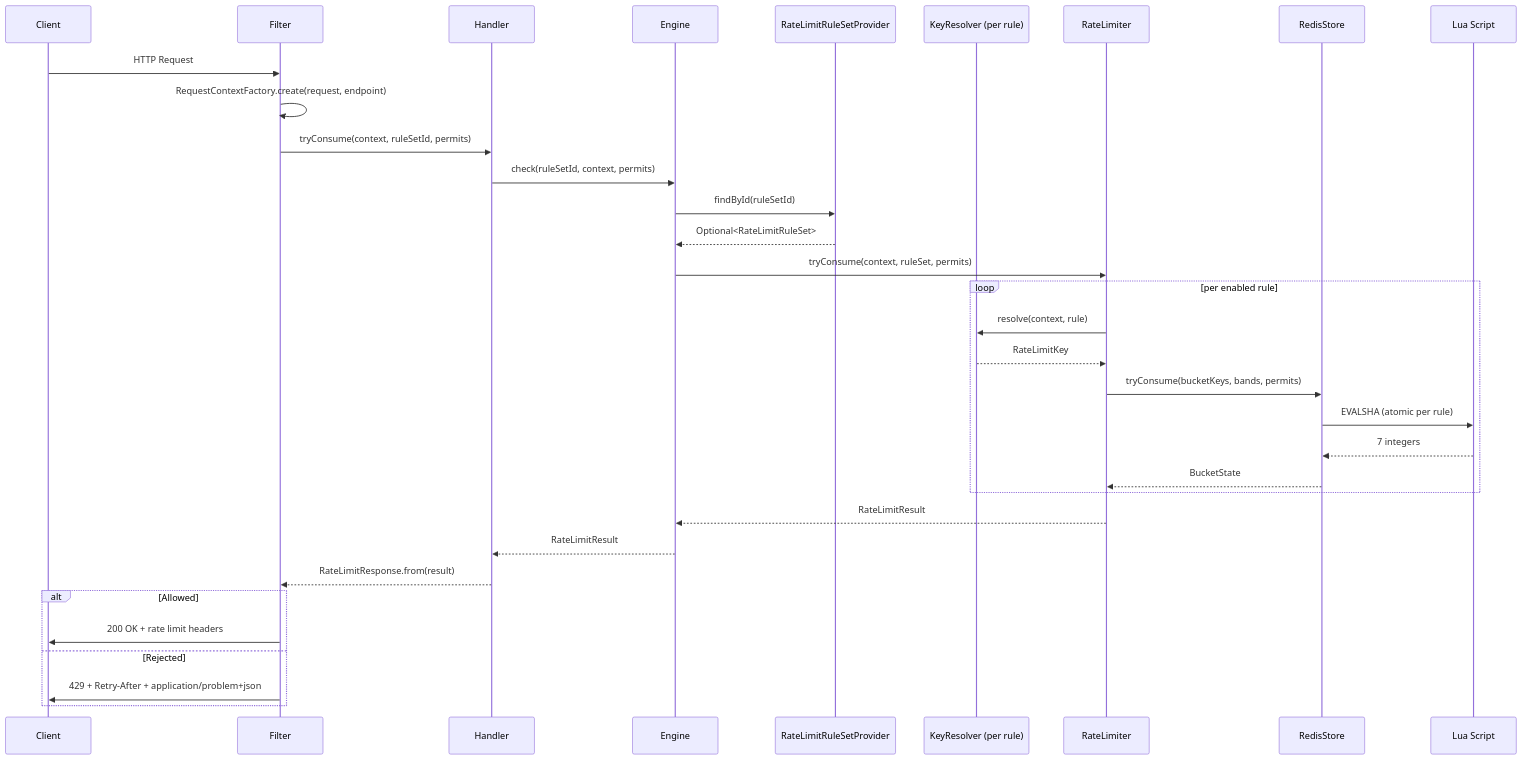
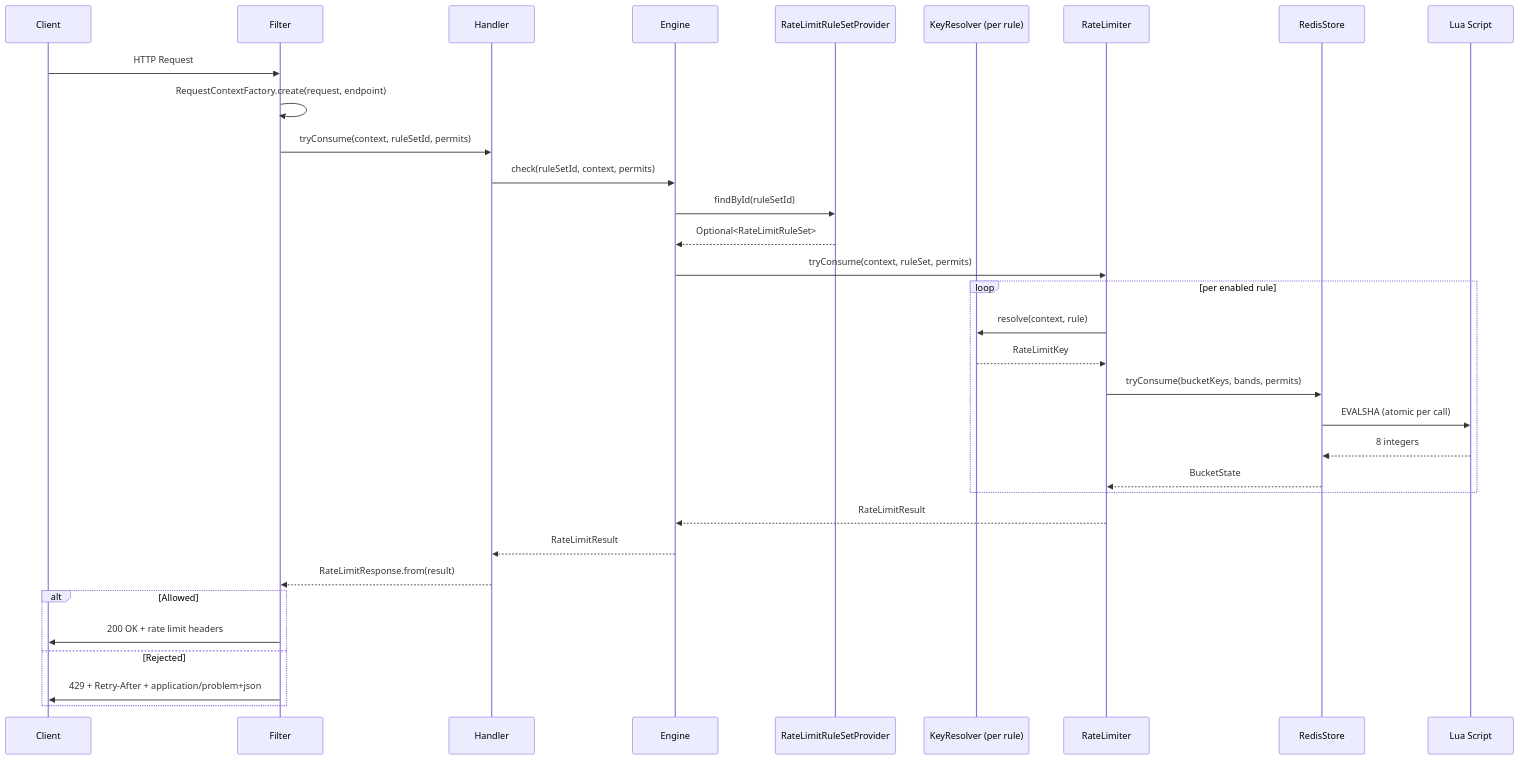
Before and after one commit to OpenFluxGate/fluxgate: the eighth of 11 diagrams in docs/en/architecture/README.md, drawn with Mermaid. The commit also changed other lines of this file and 37 other files, not shown here.

First line of the commit message:
docs: align the changelog, guides and architecture docs with 0.4

````diff
--- a/docs/en/architecture/README.md
+++ b/docs/en/architecture/README.md
@@ -666,37 +693,37 @@
 ```mermaid
 sequenceDiagram
     participant C as Client
     participant F as Filter
     participant H as Handler
     participant E as Engine
     participant P as RateLimitRuleSetProvider
     participant K as KeyResolver (per rule)
     participant R as RateLimiter
     participant S as RedisStore
     participant L as Lua Script
 
     C->>F: HTTP Request
     F->>F: RequestContextFactory.create(request, endpoint)
     F->>H: tryConsume(context, ruleSetId, permits)
     H->>E: check(ruleSetId, context, permits)
     E->>P: findById(ruleSetId)
     P-->>E: Optional<RateLimitRuleSet>
     E->>R: tryConsume(context, ruleSet, permits)
     loop per enabled rule
         R->>K: resolve(context, rule)
         K-->>R: RateLimitKey
         R->>S: tryConsume(bucketKeys, bands, permits)
-        S->>L: EVALSHA (atomic per rule)
-        L-->>S: 7 integers
+        S->>L: EVALSHA (atomic per call)
+        L-->>S: 8 integers
         S-->>R: BucketState
     end
     R-->>E: RateLimitResult
     E-->>H: RateLimitResult
     H-->>F: RateLimitResponse.from(result)
 
     alt Allowed
         F->>C: 200 OK + rate limit headers
     else Rejected
         F->>C: 429 + Retry-After + application/problem+json
     end
 ```
````
